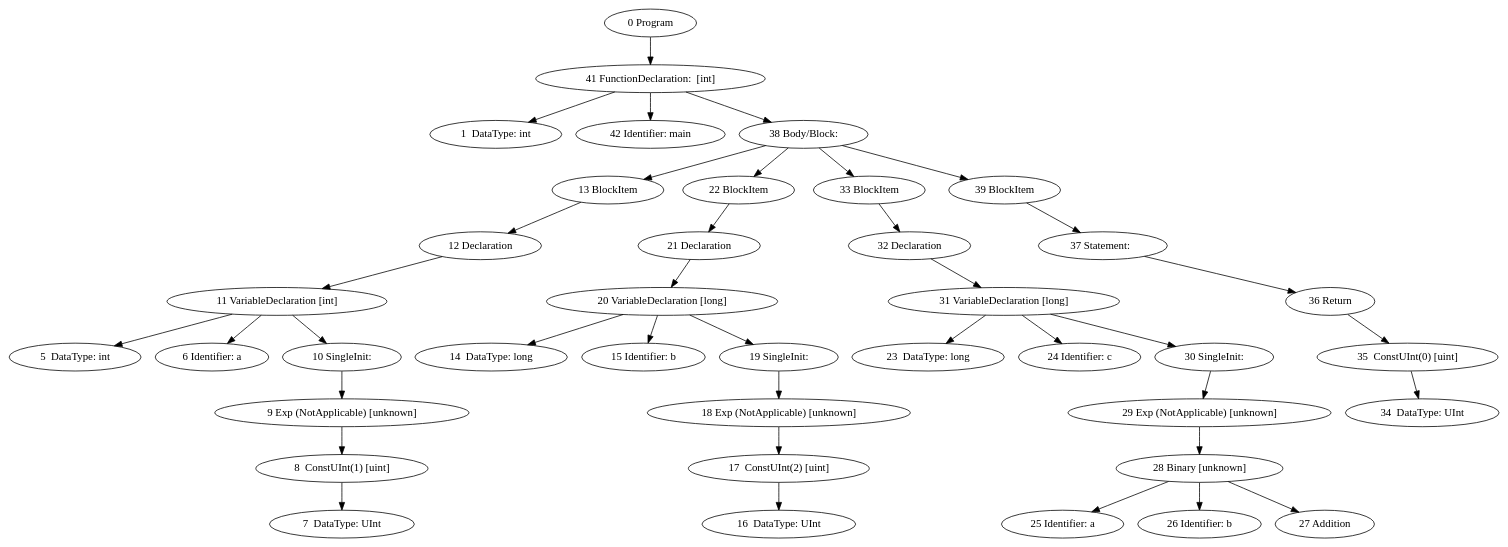
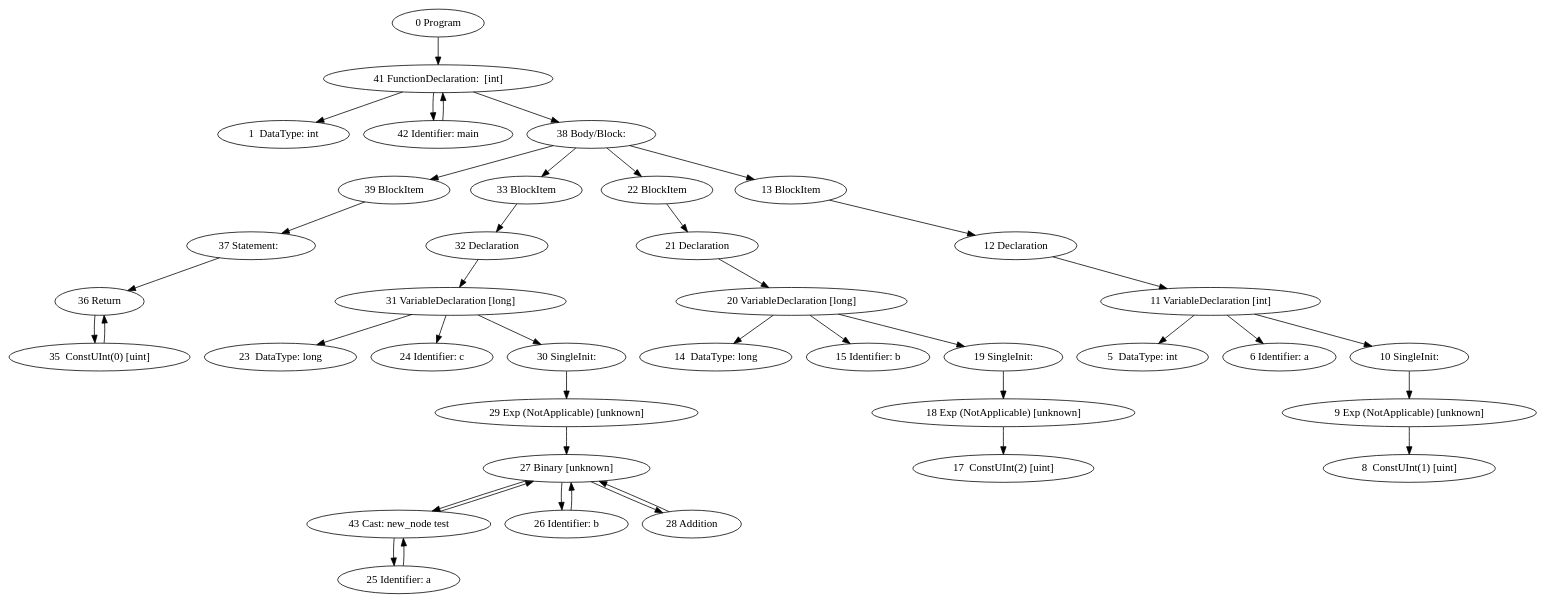
The diagram in abstract_syntax_tree.dot (Thewbi/stm8_asm), drawn with Graphviz before and after one commit. The commit also changed 20 other files, not shown here.

```diff
--- a/abstract_syntax_tree.dot
+++ b/abstract_syntax_tree.dot
@@ -1,79 +1,81 @@
 digraph {
 0 [label="0 Program"]
 41 [label="41 FunctionDeclaration:  [int]"]
 1 [label="1  DataType: int"]
 41 -> 1
 42 [label="42 Identifier: main"]
+42 -> 41
 41 -> 42
 38 [label="38 Body/Block: "]
 41 -> 38
+39 [label="39 BlockItem"]
+35 [label="35  ConstUInt(0) [uint]"]
+35 -> 36
+36 [label="36 Return"]
+36 -> 35
+37 [label="37 Statement:  "]
+37 -> 36
+39 -> 37
+38 -> 39
+33 [label="33 BlockItem"]
+32 [label="32 Declaration"]
+23 [label="23  DataType: long"]
+24 [label="24 Identifier: c"]
+30 [label="30 SingleInit: "]
+29 [label="29 Exp (NotApplicable) [unknown]"]
+43 [label="43 Cast: new_node test"]
+25 [label="25 Identifier: a"]
+25 -> 43
+43 -> 25
+43 -> 27
+26 [label="26 Identifier: b"]
+26 -> 27
+28 [label="28 Addition"]
+28 -> 27
+27 [label="27 Binary [unknown]"]
+27 -> 43
+27 -> 26
+27 -> 28
+29 -> 27
+30 -> 29
+31 [label="31 VariableDeclaration [long] "]
+31 -> 23
+31 -> 24
+31 -> 30
+32 -> 31
+33 -> 32
+38 -> 33
+22 [label="22 BlockItem"]
+21 [label="21 Declaration"]
+14 [label="14  DataType: long"]
+15 [label="15 Identifier: b"]
+19 [label="19 SingleInit: "]
+18 [label="18 Exp (NotApplicable) [unknown]"]
+17 [label="17  ConstUInt(2) [uint]"]
+18 -> 17
+19 -> 18
+20 [label="20 VariableDeclaration [long] "]
+20 -> 14
+20 -> 15
+20 -> 19
+21 -> 20
+22 -> 21
+38 -> 22
 13 [label="13 BlockItem"]
 12 [label="12 Declaration"]
 5 [label="5  DataType: int"]
 6 [label="6 Identifier: a"]
 10 [label="10 SingleInit: "]
 9 [label="9 Exp (NotApplicable) [unknown]"]
 8 [label="8  ConstUInt(1) [uint]"]
-7 [label="7  DataType: UInt"]
-8 -> 7
 9 -> 8
 10 -> 9
 11 [label="11 VariableDeclaration [int] "]
 11 -> 5
 11 -> 6
 11 -> 10
 12 -> 11
 13 -> 12
 38 -> 13
-22 [label="22 BlockItem"]
-21 [label="21 Declaration"]
-14 [label="14  DataType: long"]
-15 [label="15 Identifier: b"]
-19 [label="19 SingleInit: "]
-18 [label="18 Exp (NotApplicable) [unknown]"]
-17 [label="17  ConstUInt(2) [uint]"]
-16 [label="16  DataType: UInt"]
-17 -> 16
-18 -> 17
-19 -> 18
-20 [label="20 VariableDeclaration [long] "]
-20 -> 14
-20 -> 15
-20 -> 19
-21 -> 20
-22 -> 21
-38 -> 22
-33 [label="33 BlockItem"]
-32 [label="32 Declaration"]
-23 [label="23  DataType: long"]
-24 [label="24 Identifier: c"]
-30 [label="30 SingleInit: "]
-29 [label="29 Exp (NotApplicable) [unknown]"]
-25 [label="25 Identifier: a"]
-26 [label="26 Identifier: b"]
-27 [label="27 Addition"]
-28 [label="28 Binary [unknown]"]
-28 -> 25
-28 -> 26
-28 -> 27
-29 -> 28
-30 -> 29
-31 [label="31 VariableDeclaration [long] "]
-31 -> 23
-31 -> 24
-31 -> 30
-32 -> 31
-33 -> 32
-38 -> 33
-39 [label="39 BlockItem"]
-35 [label="35  ConstUInt(0) [uint]"]
-34 [label="34  DataType: UInt"]
-35 -> 34
-36 [label="36 Return"]
-36 -> 35
-37 [label="37 Statement:  "]
-37 -> 36
-39 -> 37
-38 -> 39
 0 -> 41
 }
```
